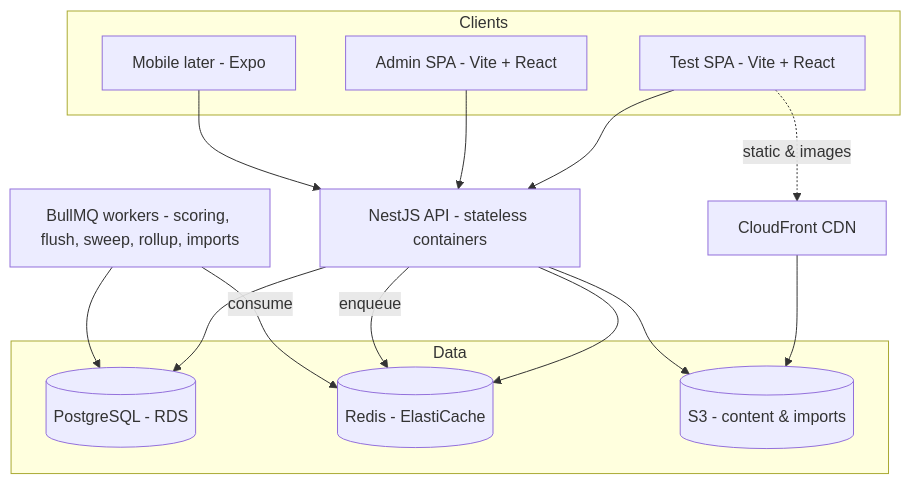
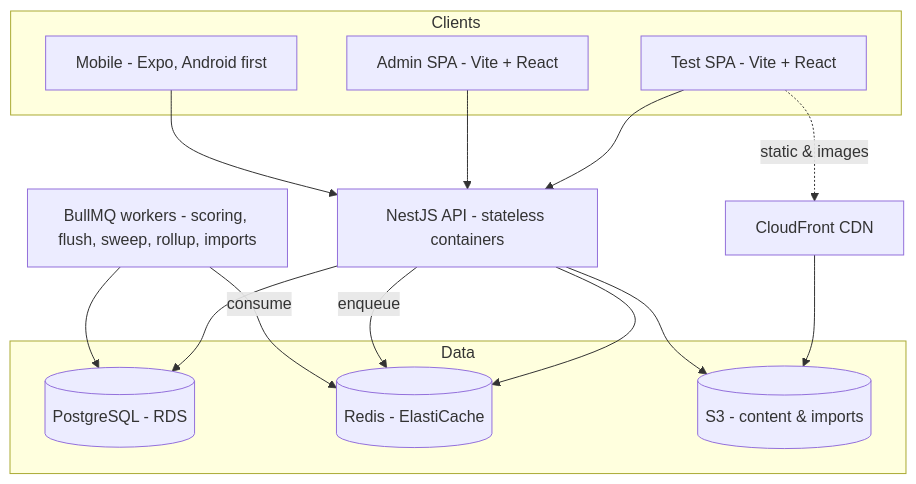
One commit to Indian-Academy-of-Competitive-Exams/iace-exam-portal changed the diagram in docs/01-architecture.md. Above: the diagram before and after it, drawn with Mermaid. The commit also changed other lines of this file and 3 other files, not shown here.

````diff
--- a/docs/01-architecture.md
+++ b/docs/01-architecture.md
@@ -100,32 +105,32 @@
 ```mermaid
 flowchart TB
     subgraph Clients
         TW[Test SPA - Vite + React]
         AW[Admin SPA - Vite + React]
-        MOB[Mobile later - Expo]
+        MOB[Mobile - Expo, Android first]
     end
 
     CF[CloudFront CDN]
     API[NestJS API - stateless containers]
     WK[BullMQ workers - scoring, flush, sweep, rollup, imports]
 
     subgraph Data
         PG[(PostgreSQL - RDS)]
         RD[(Redis - ElastiCache)]
         S3[(S3 - content & imports)]
     end
 
     TW --> API
     AW --> API
     MOB --> API
     TW -. static & images .-> CF
     CF --> S3
 
     API --> PG
     API --> RD
     API --> S3
 
     API -- enqueue --> RD
     WK -- consume --> RD
     WK --> PG
 ```
````
